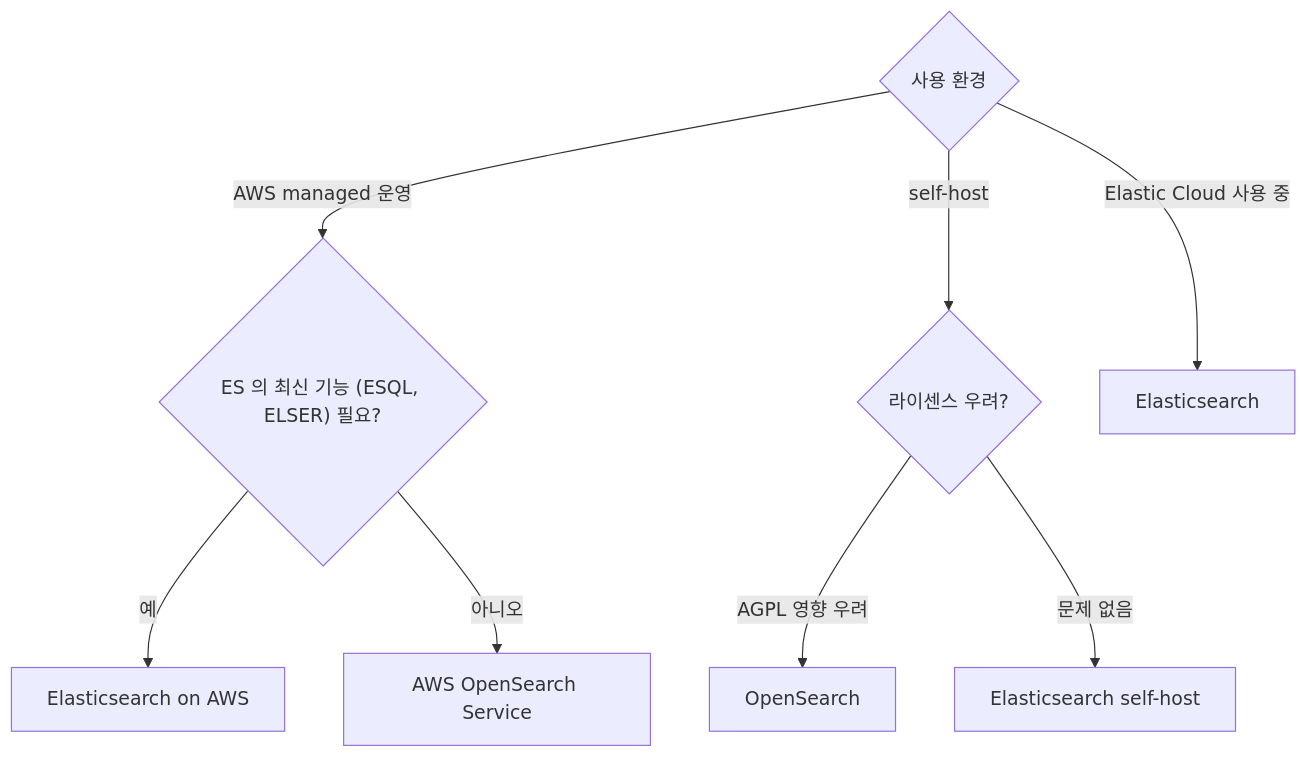
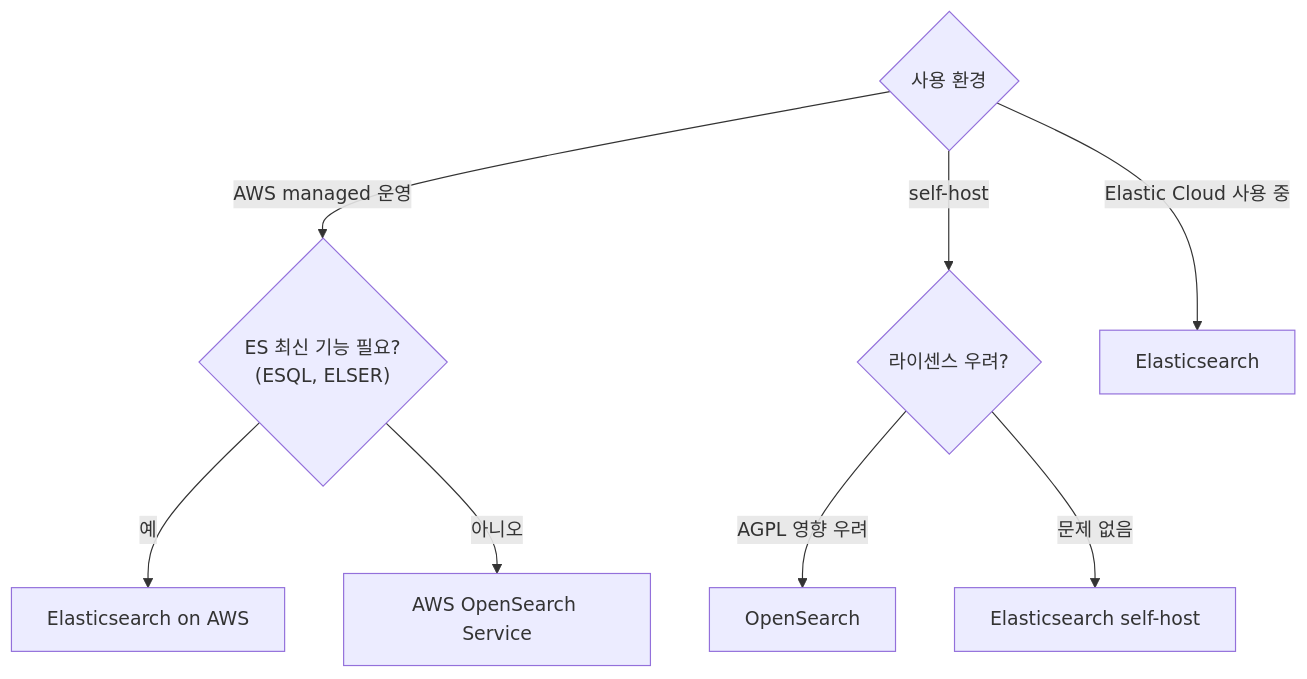
The second of 2 diagrams in src/content/wiki/search/elasticsearch-vs-opensearch.mdx (shinkeonkim/shinkeonkim.github.io), drawn with Mermaid before and after one commit. The commit also changed other lines of this file and 526 other files, not shown here.

First line of the commit message:
content(wiki): 전수조사 및 대규모 보강 (짧은 파일 0, mermaid +645)

````diff
--- a/src/content/wiki/search/elasticsearch-vs-opensearch.mdx
+++ b/src/content/wiki/search/elasticsearch-vs-opensearch.mdx
@@ -100,11 +152,11 @@
 ```mermaid
 flowchart TD
     Q1{사용 환경}
-    Q1 -->|AWS managed 운영| Q2{"ES 의 최신 기능 (ESQL, ELSER) 필요?"}
+    Q1 -->|AWS managed 운영| Q2{"ES 최신 기능 필요?<br/>(ESQL, ELSER)"}
     Q1 -->|self-host| Q3{라이센스 우려?}
-    Q1 -->|Elastic Cloud 사용 중| Elastic_O[Elasticsearch]
-    Q2 -->|예| Elastic_C[Elasticsearch on AWS]
-    Q2 -->|아니오| OS_AWS[AWS OpenSearch Service]
-    Q3 -->|AGPL 영향 우려| OS[OpenSearch]
-    Q3 -->|문제 없음| Elastic_S[Elasticsearch self-host]
+    Q1 -->|Elastic Cloud 사용 중| ElasticO[Elasticsearch]
+    Q2 -->|예| ElasticC[Elasticsearch on AWS]
+    Q2 -->|아니오| OSAWS[AWS OpenSearch Service]
+    Q3 -->|"AGPL 영향 우려"| OS[OpenSearch]
+    Q3 -->|문제 없음| ElasticS[Elasticsearch self-host]
 ```
````
